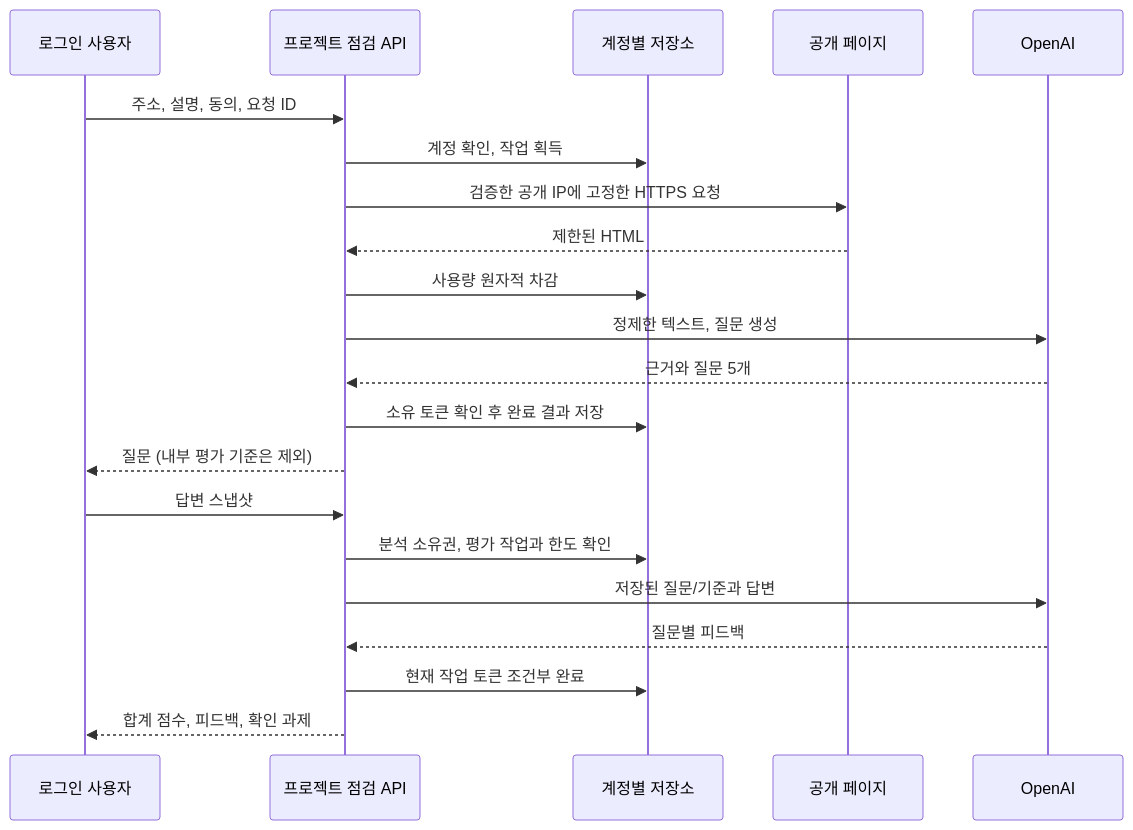
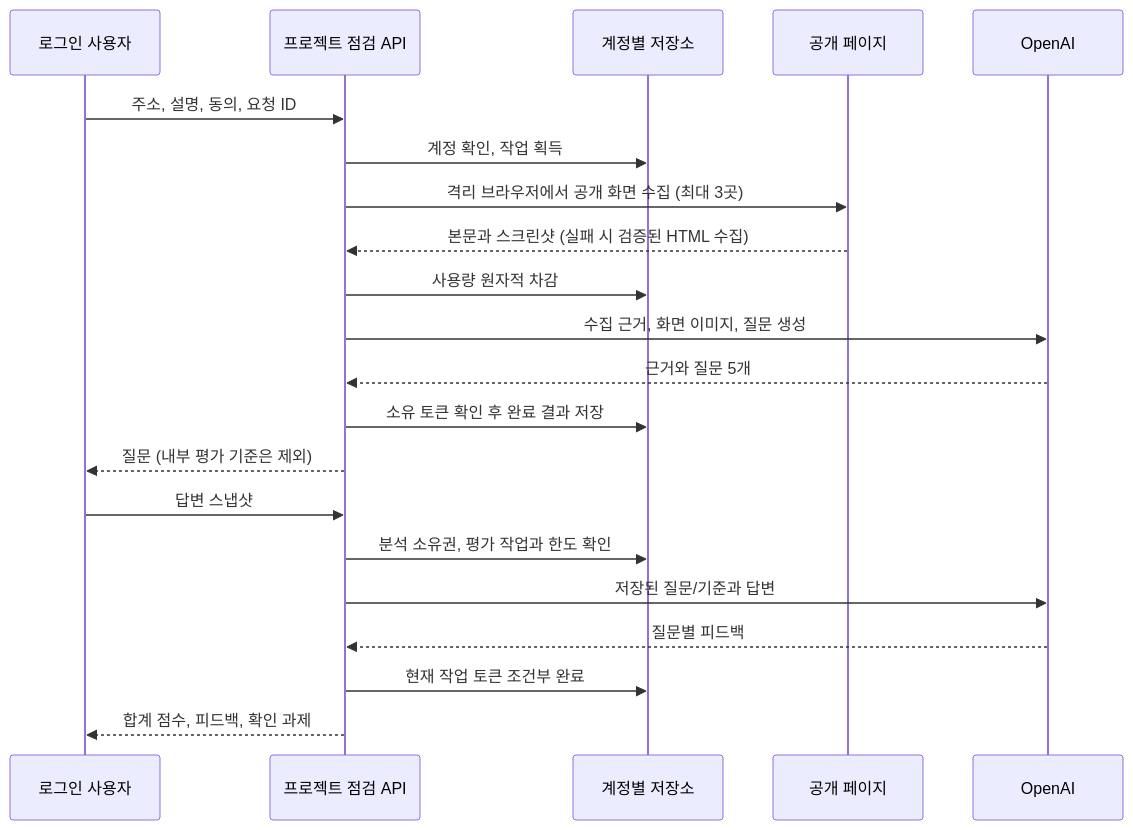
The diagram in docs/project-check.md (kwakhyun/codefit), drawn with Mermaid before and after one commit. The commit also changed other lines of this file and 25 other files, not shown here.

````diff
--- a/docs/project-check.md
+++ b/docs/project-check.md
@@ -45,23 +45,23 @@
 ```mermaid
 sequenceDiagram
   participant U as 로그인 사용자
   participant API as 프로젝트 점검 API
   participant DB as 계정별 저장소
   participant WEB as 공개 페이지
   participant AI as OpenAI
   U->>API: 주소, 설명, 동의, 요청 ID
   API->>DB: 계정 확인, 작업 획득
-  API->>WEB: 검증한 공개 IP에 고정한 HTTPS 요청
-  WEB-->>API: 제한된 HTML
+  API->>WEB: 격리 브라우저에서 공개 화면 수집 (최대 3곳)
+  WEB-->>API: 본문과 스크린샷 (실패 시 검증된 HTML 수집)
   API->>DB: 사용량 원자적 차감
-  API->>AI: 정제한 텍스트, 질문 생성
+  API->>AI: 수집 근거, 화면 이미지, 질문 생성
   AI-->>API: 근거와 질문 5개
   API->>DB: 소유 토큰 확인 후 완료 결과 저장
   API-->>U: 질문 (내부 평가 기준은 제외)
   U->>API: 답변 스냅샷
   API->>DB: 분석 소유권, 평가 작업과 한도 확인
   API->>AI: 저장된 질문/기준과 답변
   AI-->>API: 질문별 피드백
   API->>DB: 현재 작업 토큰 조건부 완료
   API-->>U: 합계 점수, 피드백, 확인 과제
 ```
````
